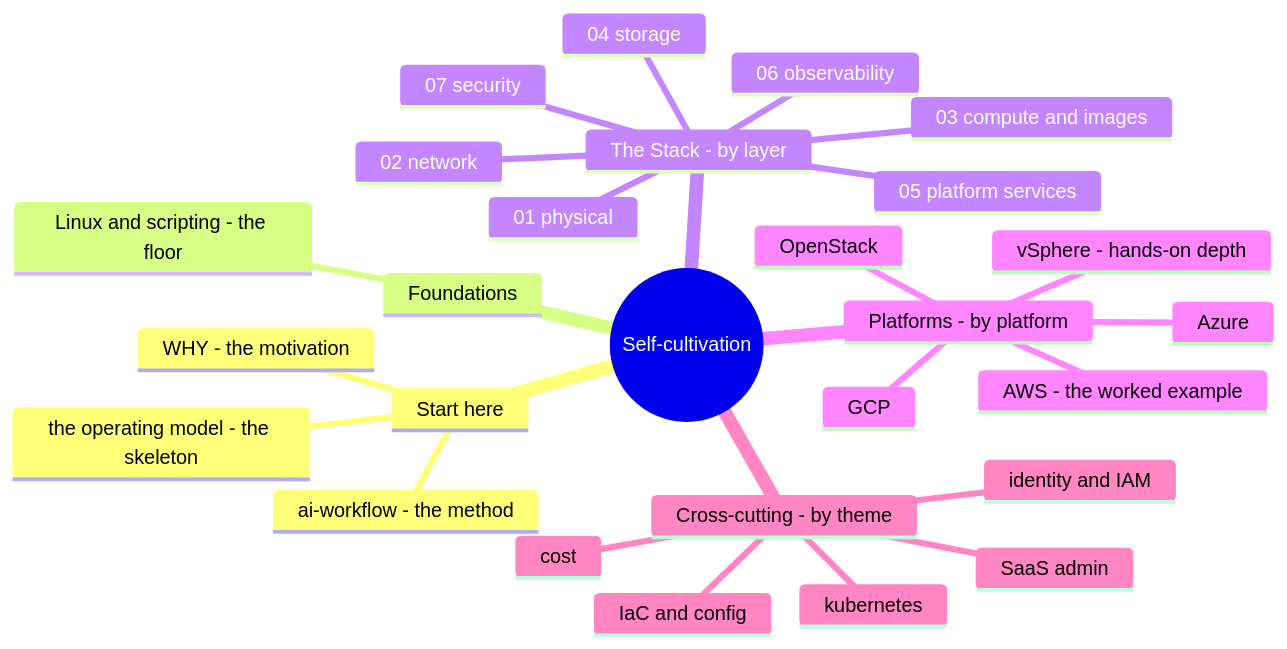
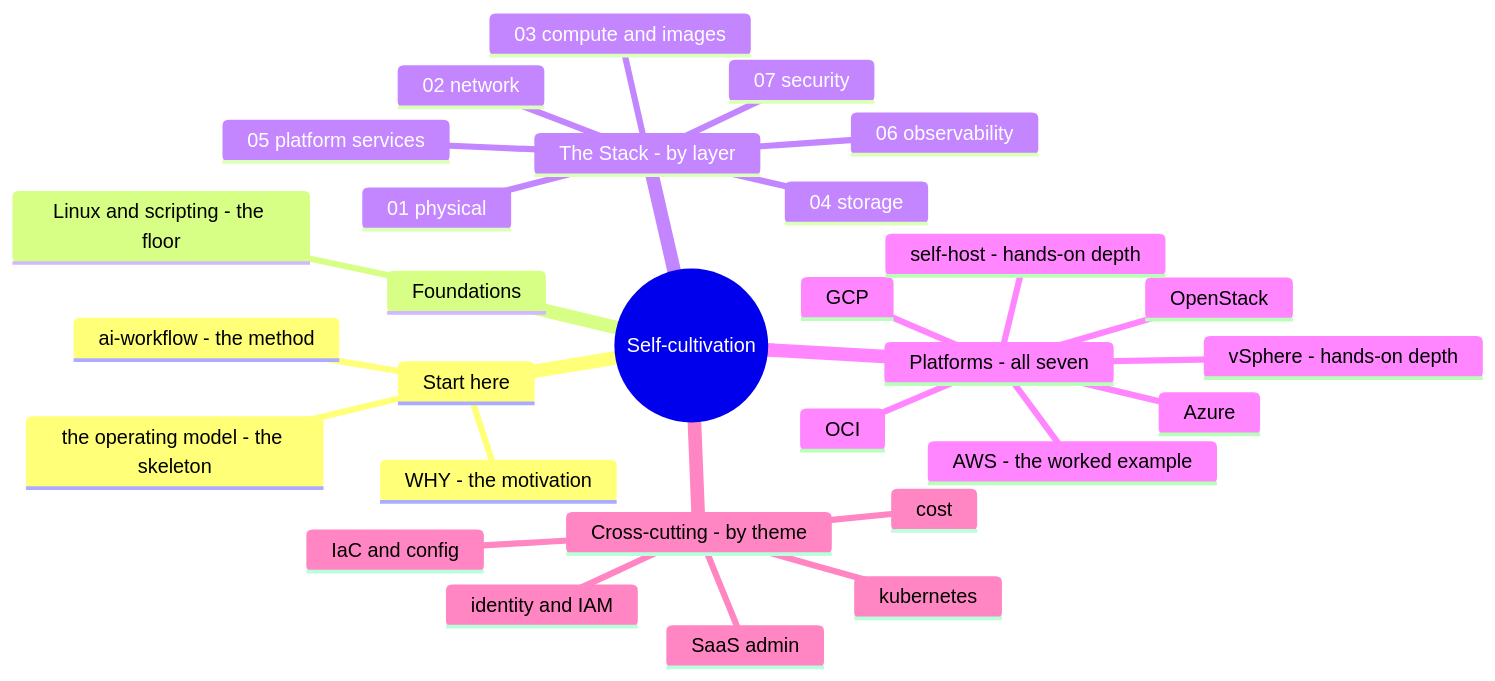
Before and after one commit to vicenteliu/sysadmin-self-cultivation: the second of 2 diagrams in README.md, drawn with Mermaid. The commit also changed other lines of this file and 10 other files, not shown here.

First line of the commit message:
platforms: add self-host/bare-metal (✋ depth) and OCI (🧗 ramp) — all seven complete

````diff
--- a/README.md
+++ b/README.md
@@ -43,30 +43,32 @@
 ```mermaid
 mindmap
   root((Self-cultivation))
     Start here
       WHY - the motivation
       the operating model - the skeleton
       ai-workflow - the method
     Foundations
       Linux and scripting - the floor
     The Stack - by layer
       01 physical
       02 network
       03 compute and images
       04 storage
       05 platform services
       06 observability
       07 security
-    Platforms - by platform
+    Platforms - all seven
       AWS - the worked example
       Azure
       GCP
+      OCI
       vSphere - hands-on depth
       OpenStack
+      self-host - hands-on depth
     Cross-cutting - by theme
       identity and IAM
       SaaS admin
       IaC and config
       cost
       kubernetes
 ```
````
